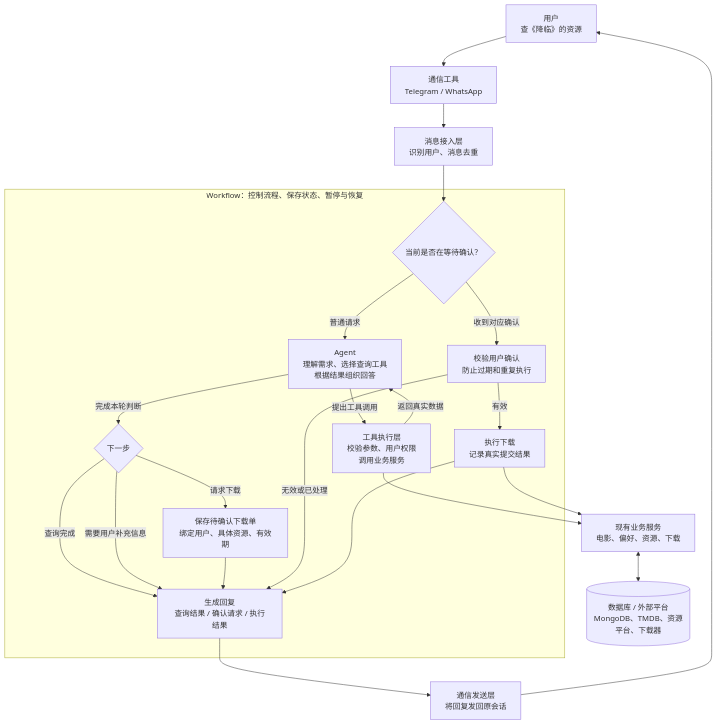
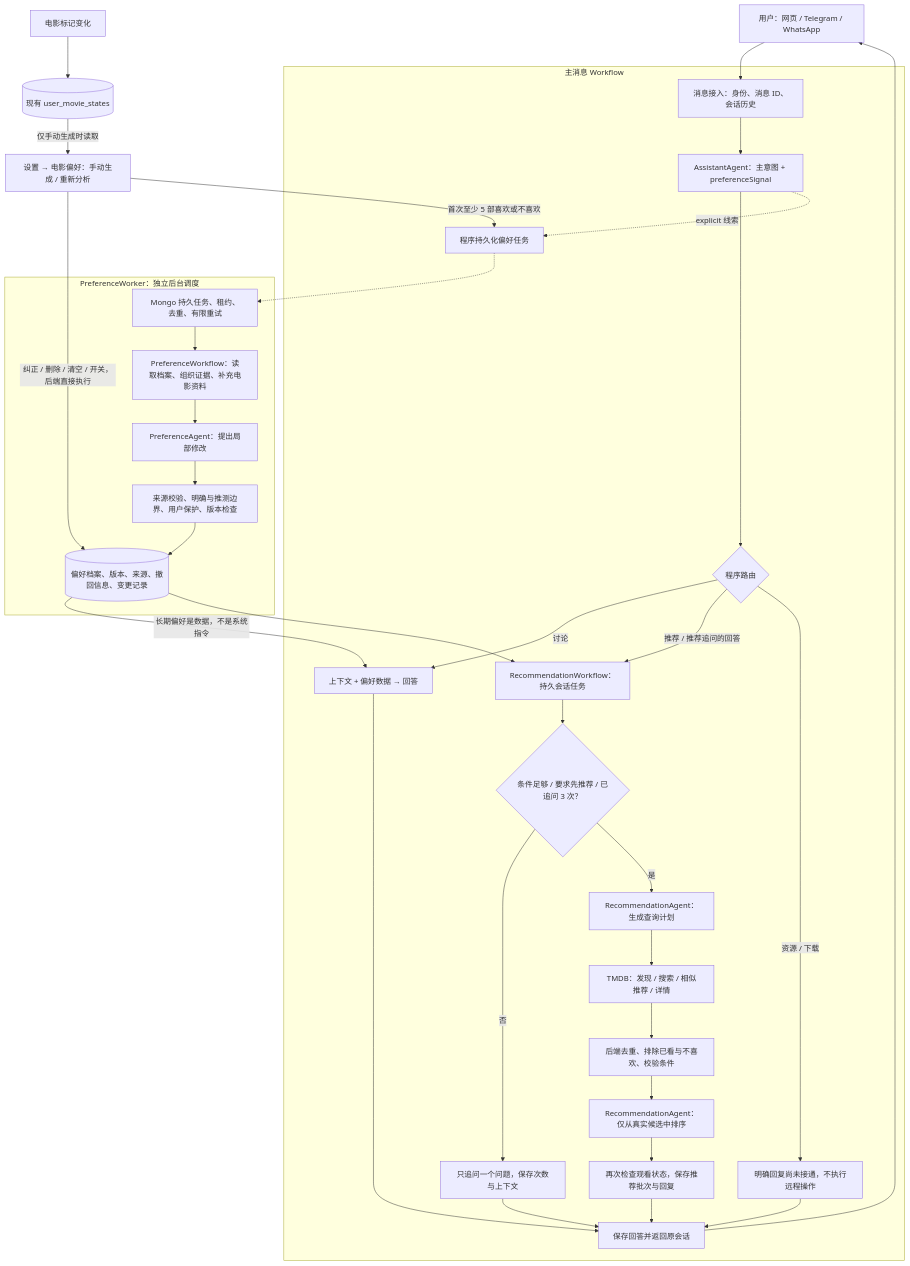
The diagram in docs/AI_ASSISTANT.md (yeast-io/Popular), drawn with Mermaid before and after one commit. The commit also changed other lines of this file and 161 other files, not shown here.

Commit message:
Added: recommendation and preference

````diff
--- a/docs/AI_ASSISTANT.md
+++ b/docs/AI_ASSISTANT.md
@@ -13,44 +19,37 @@
 ```mermaid
 flowchart TD
-    U["用户<br/>查《降临》的资源"]
-    C["通信工具<br/>Telegram / WhatsApp"]
-    I["消息接入层<br/>识别用户、消息去重"]
-
-    U --> C --> I
-
-    subgraph W["Workflow：控制流程、保存状态、暂停与恢复"]
-        R{"当前是否在等待确认？"}
-        A["Agent<br/>理解需求、选择查询工具<br/>根据结果组织回答"]
-        T["工具执行层<br/>校验参数、用户权限<br/>调用业务服务"]
-        D{"下一步"}
-        P["保存待确认下载单<br/>绑定用户、具体资源、有效期"]
-        V["校验用户确认<br/>防止过期和重复执行"]
-        E["执行下载<br/>记录真实提交结果"]
-        O["生成回复<br/>查询结果 / 确认请求 / 执行结果"]
-
-        R -->|普通请求| A
-        A -->|提出工具调用| T
-        T -->|返回真实数据| A
-        A -->|完成本轮判断| D
-        D -->|查询完成| O
-        D -->|需要用户补充信息| O
-        D -->|请求下载| P
-        P --> O
-        R -->|收到对应确认| V
-        V -->|有效| E
-        V -->|无效或已处理| O
-        E --> O
+    U["用户：网页 / Telegram / WhatsApp"] --> IN["消息接入：身份、消息 ID、会话历史"]
+    subgraph MAIN["主消息 Workflow"]
+        IN --> IA["AssistantAgent：主意图 + preferenceSignal"]
+        IA --> ROUTE{"程序路由"}
+        ROUTE -->|讨论| CHAT["上下文 + 偏好数据 → 回答"]
+        ROUTE -->|推荐 / 推荐追问的回答| REC["RecommendationWorkflow：持久会话任务"]
+        REC --> ASK{"条件足够 / 要求先推荐 / 已追问 3 次？"}
+        ASK -->|否| Q["只追问一个问题，保存次数与上下文"]
+        ASK -->|是| PLAN["RecommendationAgent：生成查询计划"]
+        PLAN --> TMDB["TMDB：发现 / 搜索 / 相似推荐 / 详情"]
+        TMDB --> FILTER["后端去重、排除已看与不喜欢、校验条件"]
+        FILTER --> RANK["RecommendationAgent：仅从真实候选中排序"]
+        RANK --> BATCH["再次检查观看状态，保存推荐批次与回复"]
+        ROUTE -->|资源 / 下载| STUB["明确回复尚未接通，不执行远程操作"]
+        IA -.->|explicit 线索| ENQUEUE["程序持久化偏好任务"]
+        CHAT --> OUT["保存回答并返回原会话"]
+        Q --> OUT
+        BATCH --> OUT
+        STUB --> OUT
     end
-
-    I --> R
-
-    B["现有业务服务<br/>电影、偏好、资源、下载"]
-    DB[("数据库 / 外部平台<br/>MongoDB、TMDB、资源平台、下载器")]
-
-    T --> B
-    E --> B
-    B <--> DB
-
-    O --> S["通信发送层<br/>将回复发回原会话"]
-    S --> U
+    OUT --> U
+    PAGE["设置 → 电影偏好：手动生成 / 重新分析"] -->|首次至少 5 部喜欢或不喜欢| ENQUEUE
+    MARK["电影标记变化"] --> STATES[("现有 user_movie_states")]
+    STATES -->|仅手动生成时读取| PAGE
+    subgraph PREF["PreferenceWorker：独立后台调度"]
+        ENQUEUE -.-> JOB["Mongo 持久任务、租约、去重、有限重试"]
+        JOB --> EVIDENCE["PreferenceWorkflow：读取档案、组织证据、补充电影资料"]
+        EVIDENCE --> PA["PreferenceAgent：提出局部修改"]
+        PA --> VALIDATE["来源校验、明确与推测边界、用户保护、版本检查"]
+        VALIDATE --> PROFILE[("偏好档案、版本、来源、撤回信息、变更记录")]
+    end
+    PROFILE -->|长期偏好是数据，不是系统指令| CHAT
+    PROFILE --> REC
+    PAGE -->|纠正 / 删除 / 清空 / 开关，后端直接执行| PROFILE
 ```
````
